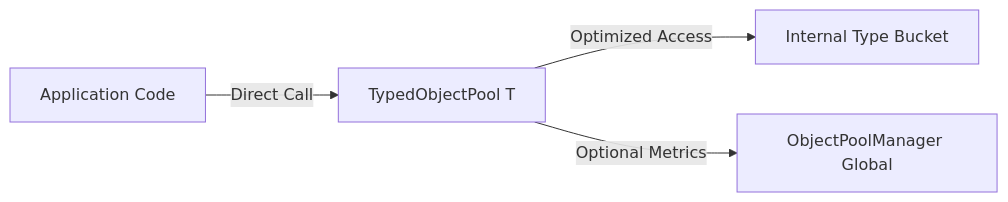
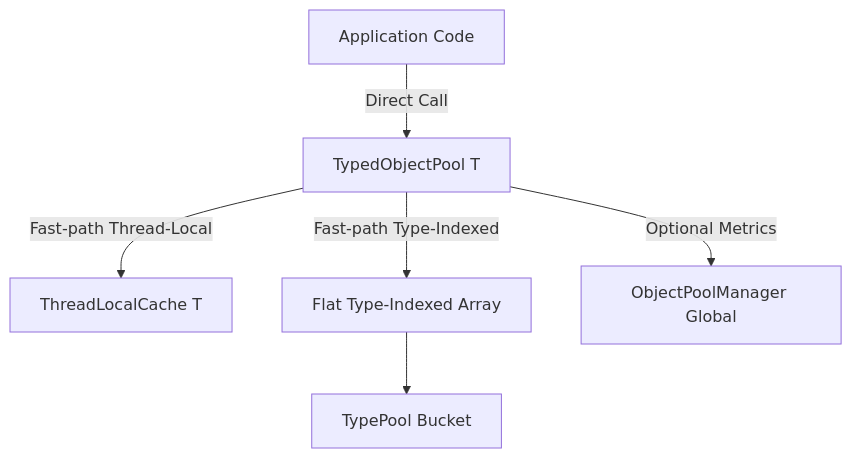
The diagram in docs/api/framework/memory/typed-object-pools.md (ppn-systems/Nalix), drawn with Mermaid before and after one commit. The commit also changed other lines of this file and 14 other files, not shown here.

First line of the commit message:
perf(framework): optimize object pool using thread-local cache (#199)

````diff
--- a/docs/api/framework/memory/typed-object-pools.md
+++ b/docs/api/framework/memory/typed-object-pools.md
@@ -9,6 +9,8 @@
 ```mermaid
-graph LR
+graph TD
     App[Application Code] -- Direct Call --> TypedPool[TypedObjectPool T]
-    TypedPool -- Optimized Access --> Pool[Internal Type Bucket]
+    TypedPool -- Fast-path Thread-Local --> TLC[ThreadLocalCache T]
+    TypedPool -- Fast-path Type-Indexed --> ArrayLookup[Flat Type-Indexed Array]
+    ArrayLookup --> Pool[TypePool Bucket]
     TypedPool -- Optional Metrics --> Manager[ObjectPoolManager Global]
 ```
````
